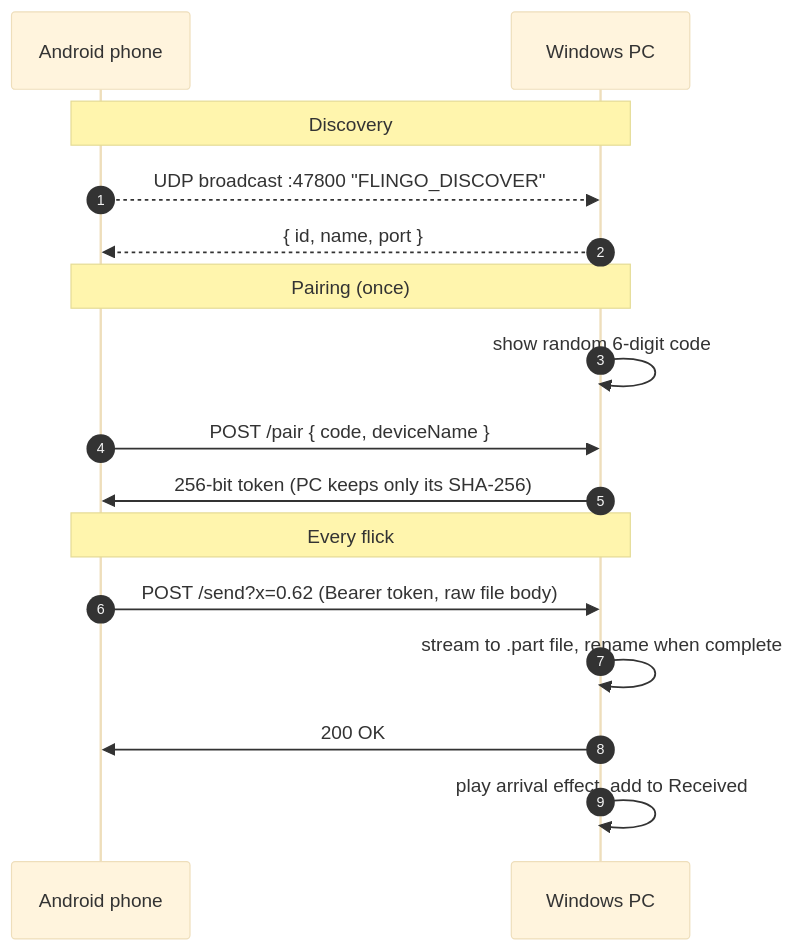
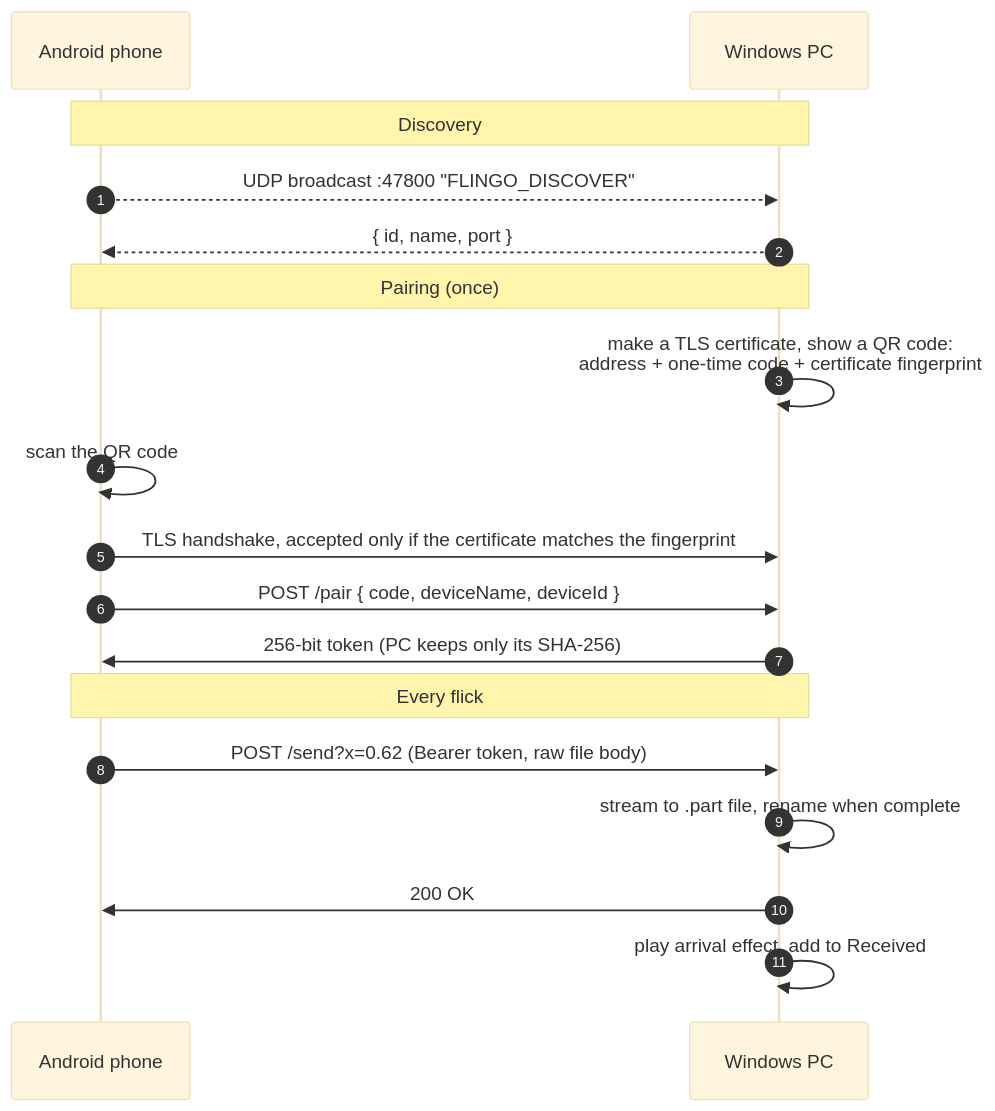
One commit to lumidren/Windows-copy-move-tool- changed the diagram in README.md. Above: the diagram before and after it, drawn with Mermaid (base theme).

Commit message:
Redraw the protocol diagram for QR pairing and pinned TLS

````diff
--- a/README.md
+++ b/README.md
@@ -126,21 +126,23 @@
 ```mermaid
 sequenceDiagram
     autonumber
     participant P as Android phone
     participant W as Windows PC
 
     Note over P,W: Discovery
     P-->>W: UDP broadcast :47800 "FLINGO_DISCOVER"
     W-->>P: { id, name, port }
 
     Note over P,W: Pairing (once)
-    W->>W: show random 6-digit code
-    P->>W: POST /pair { code, deviceName }
+    W->>W: make a TLS certificate, show a QR code:<br/>address + one-time code + certificate fingerprint
+    P->>P: scan the QR code
+    P->>W: TLS handshake, accepted only if the certificate matches the fingerprint
+    P->>W: POST /pair { code, deviceName, deviceId }
     W->>P: 256-bit token (PC keeps only its SHA-256)
 
     Note over P,W: Every flick
     P->>W: POST /send?x=0.62 (Bearer token, raw file body)
     W->>W: stream to .part file, rename when complete
     W->>P: 200 OK
     W->>W: play arrival effect, add to Received
 ```
````
